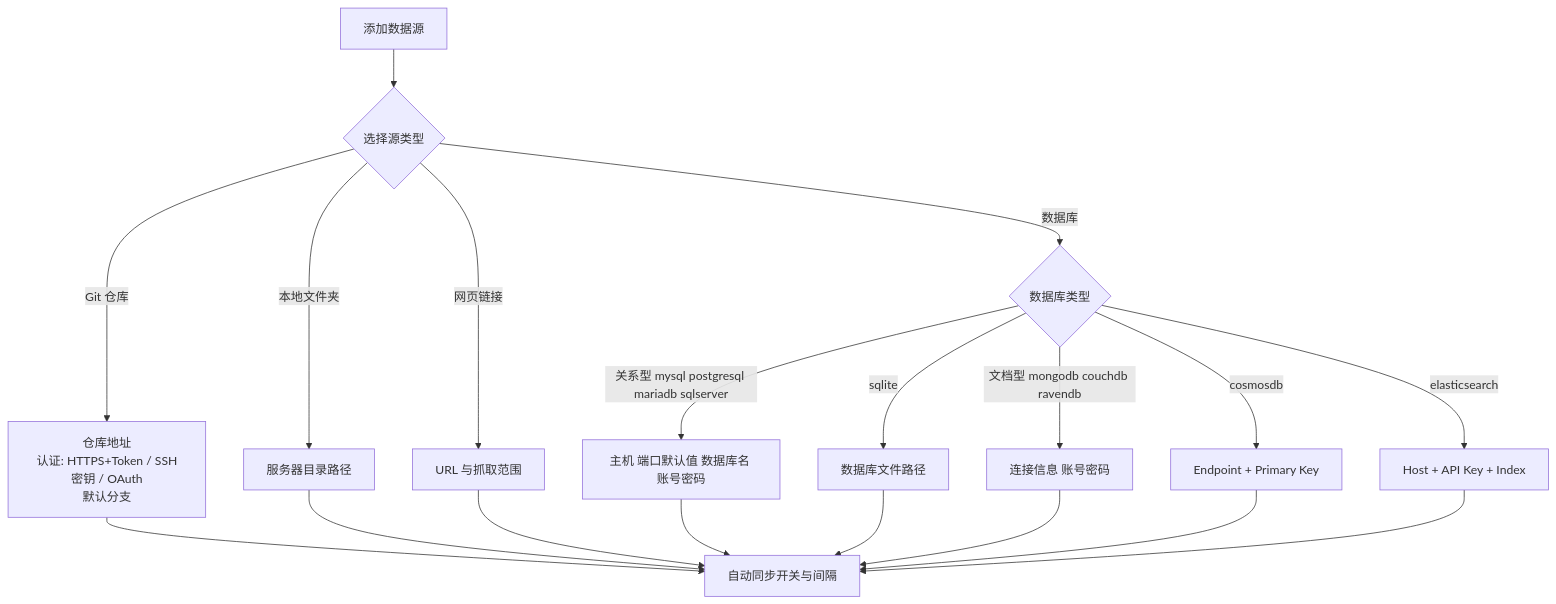
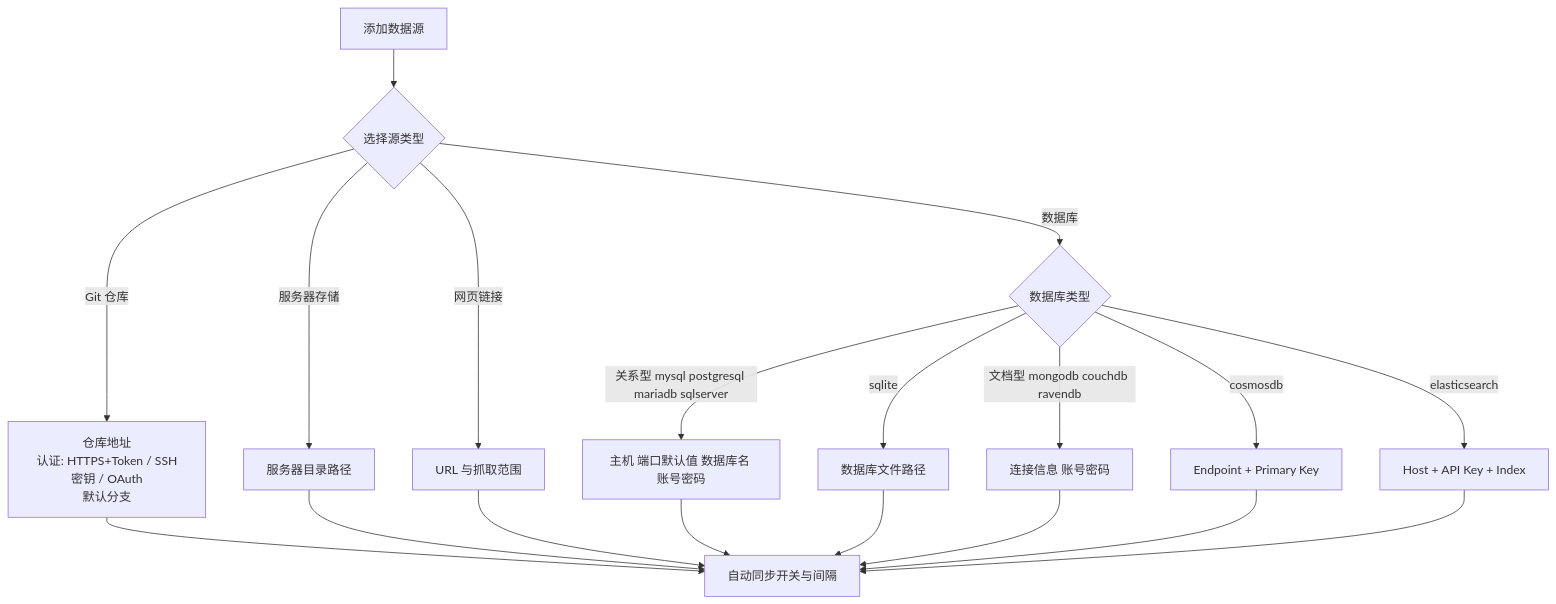
Before and after one commit to PorYoung/wiki-space: the third of 6 diagrams in docs/PRD.md, drawn with Mermaid. The commit also changed other lines of this file and 17 other files, not shown here.

First line of the commit message:
feat(web): 读者视图纯阅读页 + 搜索引擎首页 + 独立搜索页

````diff
--- a/docs/PRD.md
+++ b/docs/PRD.md
@@ -320,21 +320,21 @@
 ```mermaid
 flowchart TD
     A["添加数据源"] --> B{"选择源类型"}
     B -->|"Git 仓库"| C["仓库地址<br/>认证: HTTPS+Token / SSH密钥 / OAuth<br/>默认分支"]
-    B -->|"本地文件夹"| D["服务器目录路径"]
+    B -->|"服务器存储"| D["服务器目录路径"]
     B -->|"网页链接"| E["URL 与抓取范围"]
     B -->|"数据库"| F{"数据库类型"}
     F -->|"关系型 mysql postgresql mariadb sqlserver"| G["主机 端口默认值 数据库名 账号密码"]
     F -->|"sqlite"| H["数据库文件路径"]
     F -->|"文档型 mongodb couchdb ravendb"| I["连接信息 账号密码"]
     F -->|"cosmosdb"| J["Endpoint + Primary Key"]
     F -->|"elasticsearch"| K["Host + API Key + Index"]
     C --> L["自动同步开关与间隔"]
     D --> L
     E --> L
     G --> L
     H --> L
     I --> L
     J --> L
     K --> L
 ```
````
